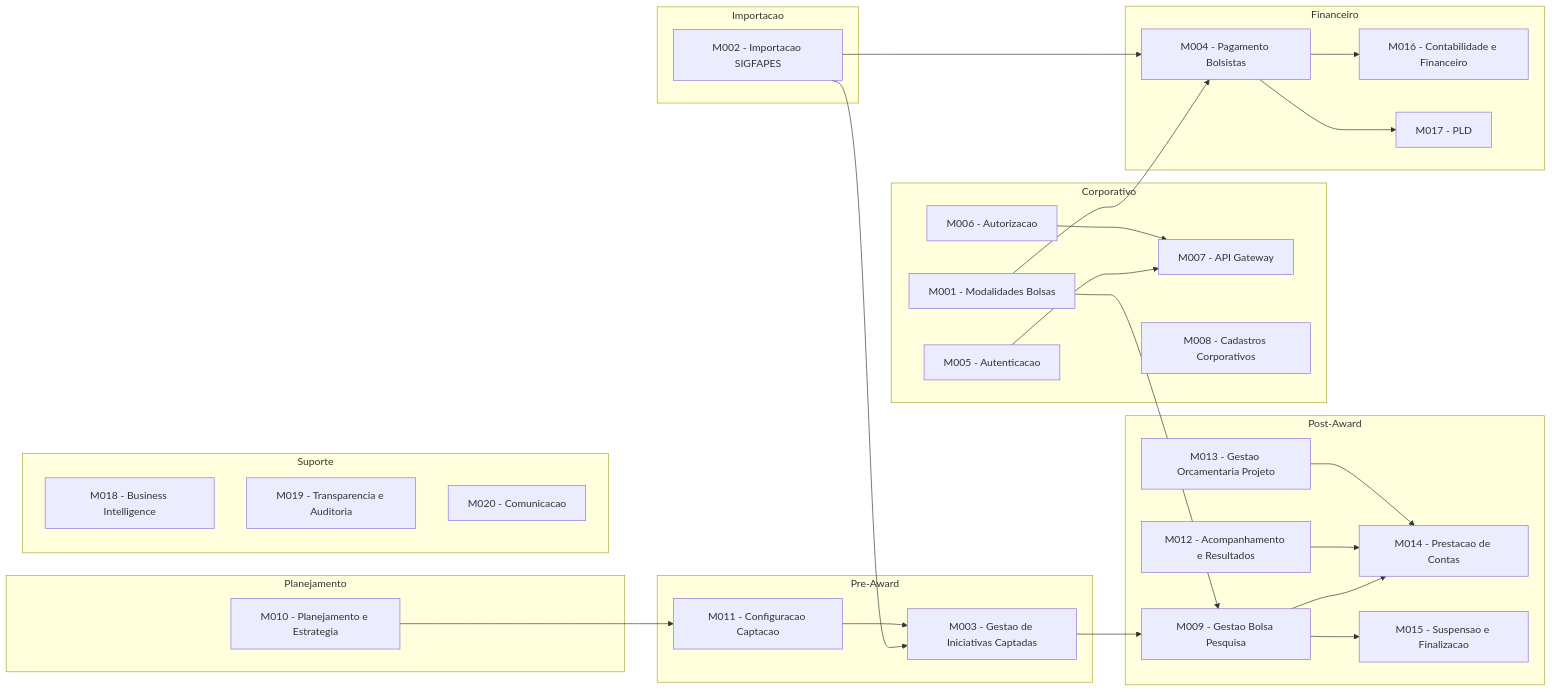
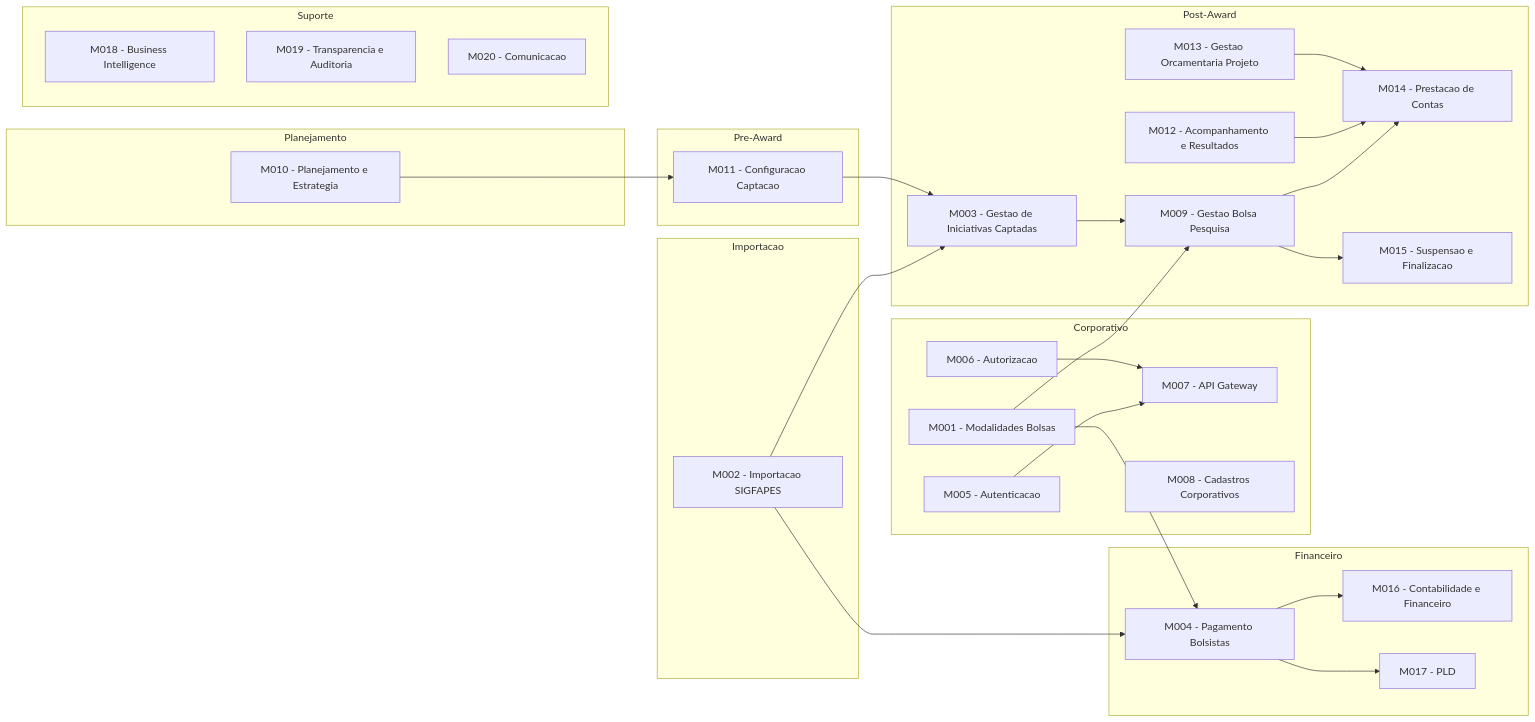
The first of 2 diagrams in docs/architecture/02-modulos-e-integracoes.md (Czzped/conecta-fapes-teste), drawn with Mermaid before and after one commit. The commit also changed other lines of this file and 21 other files, not shown here.

````diff
--- a/docs/architecture/02-modulos-e-integracoes.md
+++ b/docs/architecture/02-modulos-e-integracoes.md
@@ -7,59 +7,59 @@
 ```mermaid
 graph LR
     subgraph Corporativo
         M001[M001 - Modalidades Bolsas]
         M005[M005 - Autenticacao]
         M006[M006 - Autorizacao]
         M007[M007 - API Gateway]
         M008[M008 - Cadastros Corporativos]
     end
 
     subgraph Planejamento
         M010[M010 - Planejamento e Estrategia]
     end
 
     subgraph Pre-Award
-        M003[M003 - Gestao de Iniciativas Captadas]
         M011[M011 - Configuracao Captacao]
     end
 
     subgraph Post-Award
+        M003[M003 - Gestao de Iniciativas Captadas]
         M009[M009 - Gestao Bolsa Pesquisa]
         M012[M012 - Acompanhamento e Resultados]
         M013[M013 - Gestao Orcamentaria Projeto]
         M014[M014 - Prestacao de Contas]
         M015[M015 - Suspensao e Finalizacao]
     end
 
     subgraph Financeiro
         M004[M004 - Pagamento Bolsistas]
         M016[M016 - Contabilidade e Financeiro]
         M017[M017 - PLD]
     end
 
     subgraph Suporte
         M018[M018 - Business Intelligence]
         M019[M019 - Transparencia e Auditoria]
         M020[M020 - Comunicacao]
     end
 
     subgraph Importacao
         M002[M002 - Importacao SIGFAPES]
     end
 
     M005 --> M007
     M006 --> M007
     M002 --> M003
     M002 --> M004
     M001 --> M004
     M001 --> M009
     M003 --> M009
     M010 --> M011
     M011 --> M003
     M009 --> M014
     M009 --> M015
     M004 --> M016
     M004 --> M017
     M012 --> M014
     M013 --> M014
 ```
````
